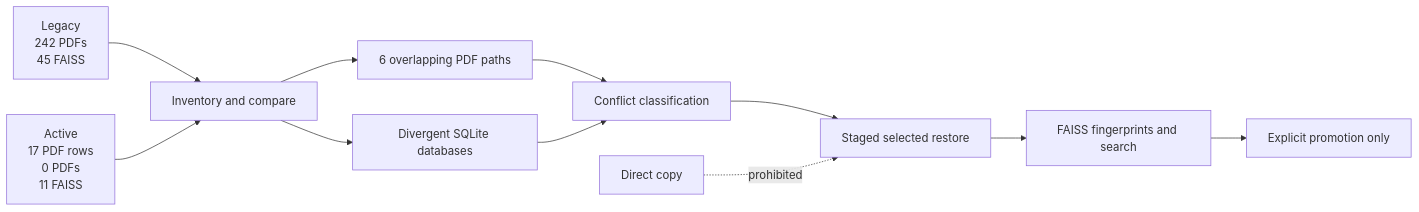
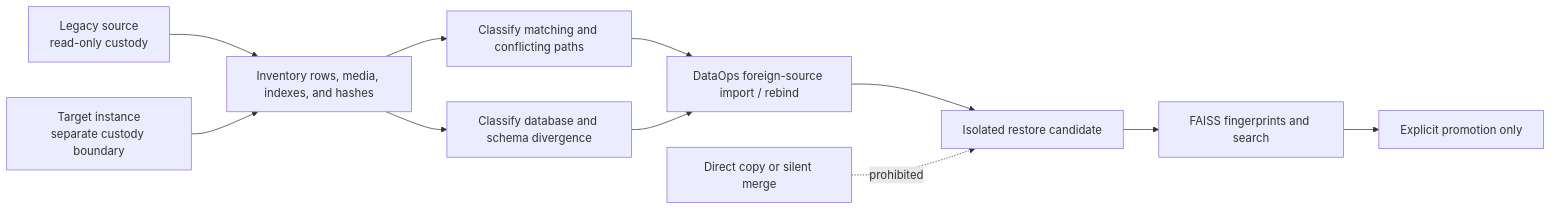
Before and after one commit to Nimble-esolutions/PdfSearch: the diagram in docs/diagrams/legacy-reconciliation.mmd, drawn with Mermaid. The commit also changed 51 other files, not shown here.

Commit message:
docs: reconcile DataOps and VaultOps architecture truth

```diff
--- a/docs/diagrams/legacy-reconciliation.mmd
+++ b/docs/diagrams/legacy-reconciliation.mmd
@@ -1,11 +1,11 @@
 flowchart LR
-    legacy["Legacy\n242 PDFs\n45 FAISS"] --> compare["Inventory and compare"]
-    active["Active\n17 PDF rows\n0 PDFs\n11 FAISS"] --> compare
-    compare --> overlap["6 overlapping PDF paths"]
-    compare --> divergence["Divergent SQLite databases"]
-    overlap --> classify["Conflict classification"]
-    divergence --> classify
-    classify --> stage["Staged selected restore"]
+    legacy["Legacy source\nread-only custody"] --> compare["Inventory rows, media, indexes, and hashes"]
+    target["Target instance\nseparate custody boundary"] --> compare
+    compare --> overlap["Classify matching and conflicting paths"]
+    compare --> divergence["Classify database and schema divergence"]
+    overlap --> import["DataOps foreign-source import / rebind"]
+    divergence --> import
+    import --> stage["Isolated restore candidate"]
     stage --> validate["FAISS fingerprints and search"]
     validate --> promote["Explicit promotion only"]
-    direct["Direct copy"] -. "prohibited" .-> stage
+    direct["Direct copy or silent merge"] -. "prohibited" .-> stage
```
